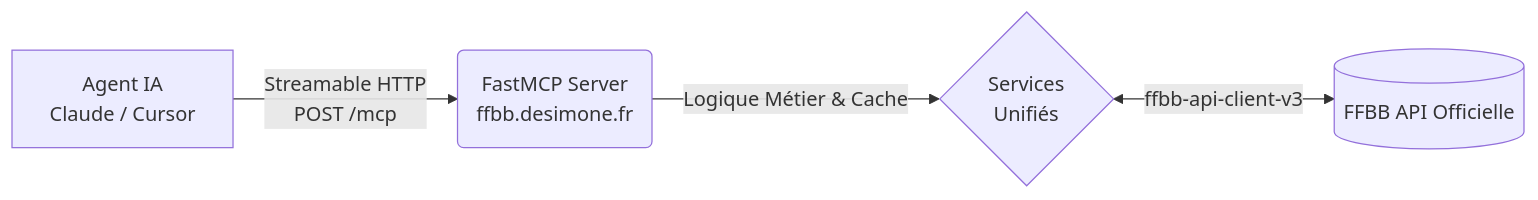
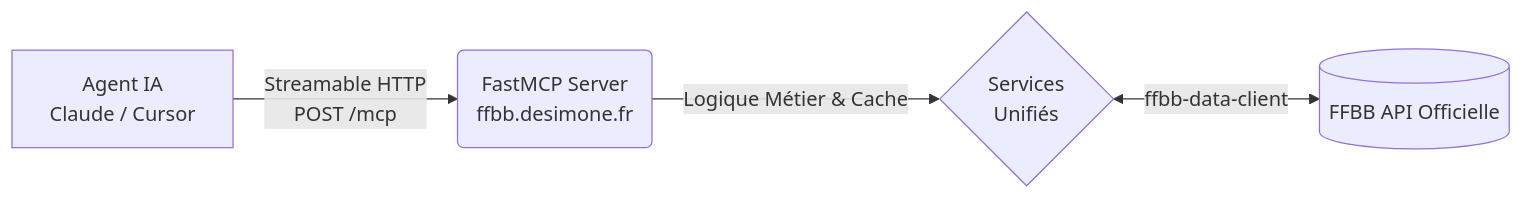
The diagram in website-docs/guide/introduction.md (nickdesi/FFBB-MCP-Server), drawn with Mermaid before and after one commit. The commit also changed 14 other files, not shown here.

First line of the commit message:
chore: migrate from ffbb-api-client-v3 to ffbb-data-client (#60)

````diff
--- a/website-docs/guide/introduction.md
+++ b/website-docs/guide/introduction.md
@@ -17,6 +17,6 @@
 ```mermaid
 flowchart LR
     A["Agent IA\nClaude / Cursor"] -->|"Streamable HTTP\nPOST /mcp"| B("FastMCP Server\nffbb.desimone.fr")
     B -->|"Logique Métier & Cache"| C{"Services\nUnifiés"}
-    C <-->|"ffbb-api-client-v3"| D[("FFBB API Officielle")]
+    C <-->|"ffbb-data-client"| D[("FFBB API Officielle")]
 ```
````
